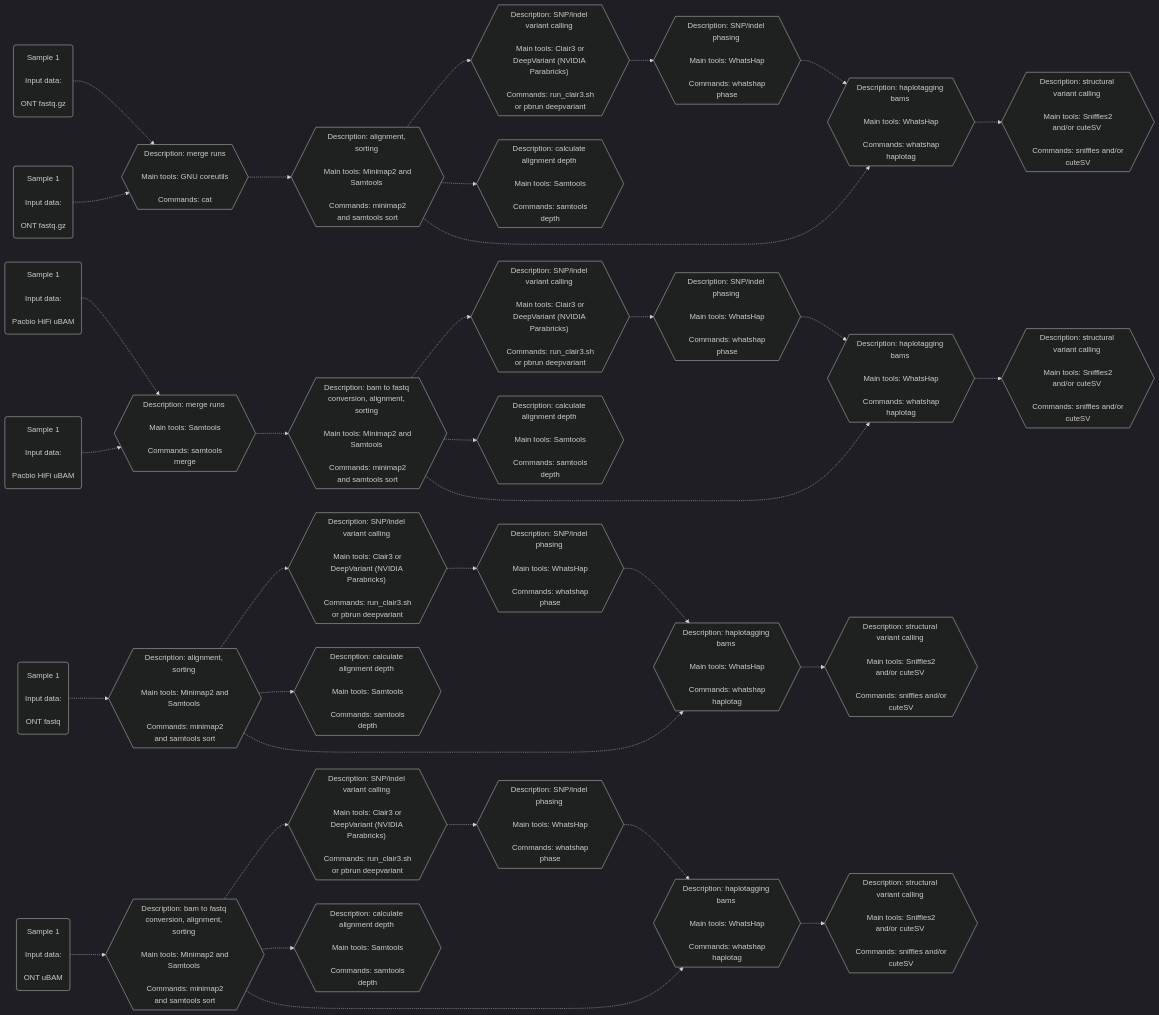
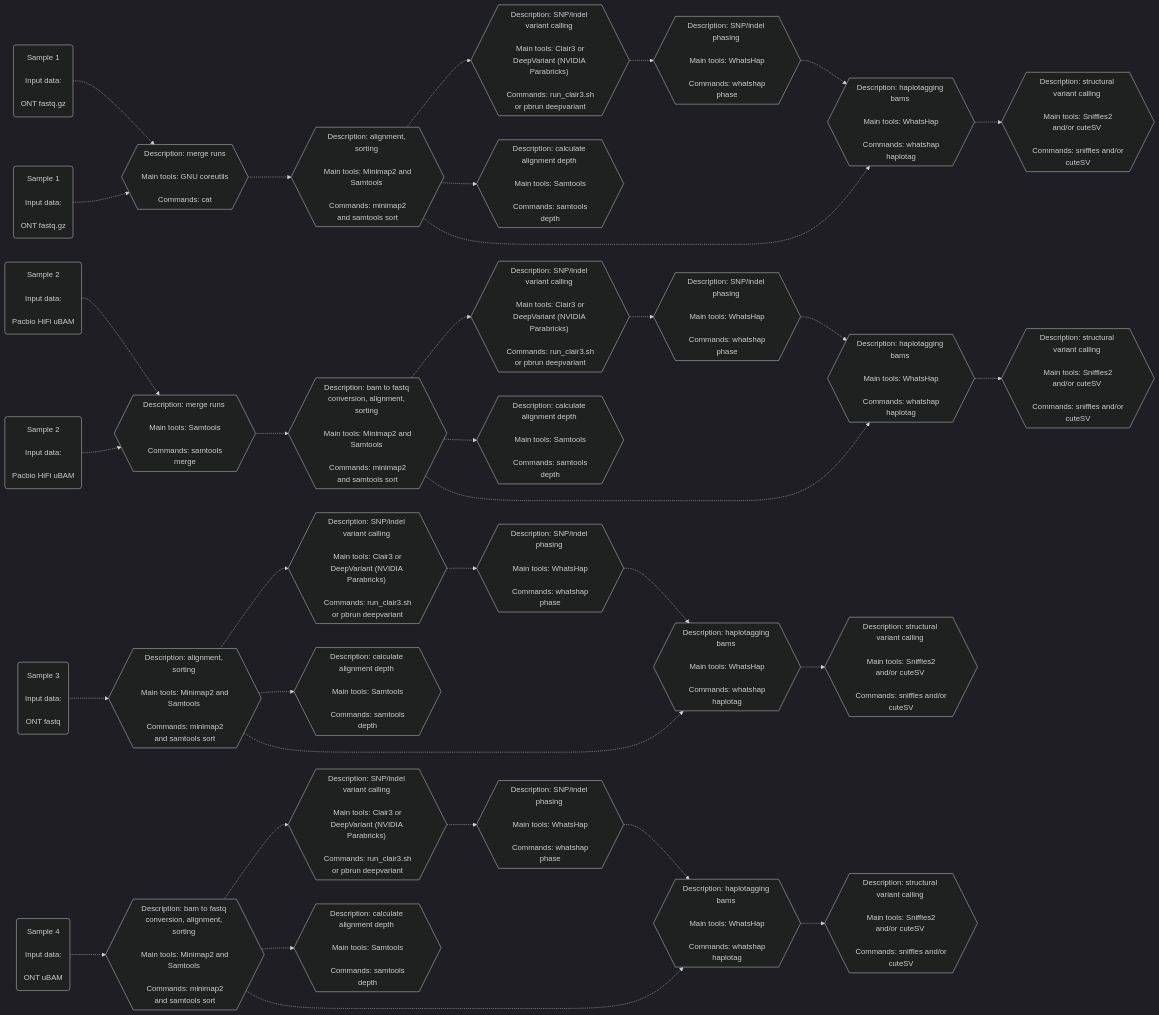
Before and after one commit to leahkemp/pipeface: the second of 2 diagrams in README.md, drawn with Mermaid.

````diff
--- a/README.md
+++ b/README.md
@@ -37,63 +37,63 @@
 ```mermaid
 %%{init: {'theme':'dark'}}%%
 flowchart LR
 
 ont_data_f1("Sample 1 \n\n Input data: \n\n ONT fastq.gz")
 ont_data_f2("Sample 1 \n\n Input data: \n\n ONT fastq.gz")
-pacbio_data_f3("Sample 1 \n\n Input data: \n\n Pacbio HiFi uBAM")
-pacbio_data_f4("Sample 1 \n\n Input data: \n\n Pacbio HiFi uBAM")
-ont_data_f5("Sample 1 \n\n Input data: \n\n ONT fastq")
-ont_data_f6("Sample 1 \n\n Input data: \n\n ONT uBAM")
+pacbio_data_f3("Sample 2 \n\n Input data: \n\n Pacbio HiFi uBAM")
+pacbio_data_f4("Sample 2 \n\n Input data: \n\n Pacbio HiFi uBAM")
+ont_data_f5("Sample 3 \n\n Input data: \n\n ONT fastq")
+ont_data_f6("Sample 4 \n\n Input data: \n\n ONT uBAM")
 
 merging_m1{{"Description: merge runs \n\n Main tools: GNU coreutils \n\n Commands: cat"}}
 merging_m2{{"Description: merge runs \n\n Main tools: Samtools \n\n Commands: samtools merge"}}
 
 alignment_s1{{"Description: alignment, sorting \n\n Main tools: Minimap2 and Samtools \n\n Commands: minimap2 and samtools sort"}}
 alignment_s2{{"Description: alignment, sorting \n\n Main tools: Minimap2 and Samtools \n\n Commands: minimap2 and samtools sort"}}
 alignment_s3{{"Description: bam to fastq conversion, alignment, sorting \n\n Main tools: Minimap2 and Samtools \n\n Commands: minimap2 and samtools sort"}}
 alignment_s4{{"Description: bam to fastq conversion, alignment, sorting \n\n Main tools: Minimap2 and Samtools \n\n Commands: minimap2 and samtools sort"}}
 
 depth_s1{{"Description: calculate alignment depth \n\n Main tools: Samtools \n\n Commands: samtools depth"}}
 depth_s2{{"Description: calculate alignment depth \n\n Main tools: Samtools \n\n Commands: samtools depth"}}
 depth_s3{{"Description: calculate alignment depth \n\n Main tools: Samtools \n\n Commands: samtools depth"}}
 depth_s4{{"Description: calculate alignment depth \n\n Main tools: Samtools \n\n Commands: samtools depth"}}
 
 snp_indel_calling_s1{{"Description: SNP/indel variant calling \n\n Main tools: Clair3 or DeepVariant (NVIDIA Parabricks) \n\n Commands: run_clair3.sh or pbrun deepvariant"}}
 snp_indel_calling_s2{{"Description: SNP/indel variant calling \n\n Main tools: Clair3 or DeepVariant (NVIDIA Parabricks) \n\n Commands: run_clair3.sh or pbrun deepvariant"}}
 snp_indel_calling_s3{{"Description: SNP/indel variant calling \n\n Main tools: Clair3 or DeepVariant (NVIDIA Parabricks) \n\n Commands: run_clair3.sh or pbrun deepvariant"}}
 snp_indel_calling_s4{{"Description: SNP/indel variant calling \n\n Main tools: Clair3 or DeepVariant (NVIDIA Parabricks) \n\n Commands: run_clair3.sh or pbrun deepvariant"}}
 
 snp_indel_phasing_s1{{"Description: SNP/indel phasing \n\n Main tools: WhatsHap \n\n Commands: whatshap phase"}}
 snp_indel_phasing_s2{{"Description: SNP/indel phasing \n\n Main tools: WhatsHap \n\n Commands: whatshap phase"}}
 snp_indel_phasing_s3{{"Description: SNP/indel phasing \n\n Main tools: WhatsHap \n\n Commands: whatshap phase"}}
 snp_indel_phasing_s4{{"Description: SNP/indel phasing \n\n Main tools: WhatsHap \n\n Commands: whatshap phase"}}
 
 haplotagging_s1{{"Description: haplotagging bams \n\n Main tools: WhatsHap \n\n Commands: whatshap haplotag"}}
 haplotagging_s2{{"Description: haplotagging bams \n\n Main tools: WhatsHap \n\n Commands: whatshap haplotag"}}
 haplotagging_s3{{"Description: haplotagging bams \n\n Main tools: WhatsHap \n\n Commands: whatshap haplotag"}}
 haplotagging_s4{{"Description: haplotagging bams \n\n Main tools: WhatsHap \n\n Commands: whatshap haplotag"}}
 
 sv_calling_s1{{"Description: structural variant calling \n\n Main tools: Sniffles2 and/or cuteSV \n\n Commands: sniffles and/or cuteSV"}}
 sv_calling_s2{{"Description: structural variant calling \n\n Main tools: Sniffles2 and/or cuteSV \n\n Commands: sniffles and/or cuteSV"}}
 sv_calling_s3{{"Description: structural variant calling \n\n Main tools: Sniffles2 and/or cuteSV \n\n Commands: sniffles and/or cuteSV"}}
 sv_calling_s4{{"Description: structural variant calling \n\n Main tools: Sniffles2 and/or cuteSV \n\n Commands: sniffles and/or cuteSV"}}
 
 ont_data_f1-.->merging_m1-.->alignment_s1-.->snp_indel_calling_s1-.->snp_indel_phasing_s1-.->haplotagging_s1-.->sv_calling_s1
 ont_data_f2-.->merging_m1
 ont_data_f5-.->alignment_s2-.->snp_indel_calling_s2-.->snp_indel_phasing_s2-.->haplotagging_s2-.->sv_calling_s2
 ont_data_f6-.->alignment_s3-.->snp_indel_calling_s3-.->snp_indel_phasing_s3-.->haplotagging_s3-.->sv_calling_s3
 
 pacbio_data_f3-.->merging_m2-.->alignment_s4-.->snp_indel_calling_s4-.->snp_indel_phasing_s4-.->haplotagging_s4-.->sv_calling_s4
 pacbio_data_f4-.->merging_m2
 
 alignment_s1-.->depth_s1
 alignment_s2-.->depth_s2
 alignment_s3-.->depth_s3
 alignment_s4-.->depth_s4
 
 alignment_s1-.->haplotagging_s1
 alignment_s2-.->haplotagging_s2
 alignment_s3-.->haplotagging_s3
 alignment_s4-.->haplotagging_s4
 
 ```
````
